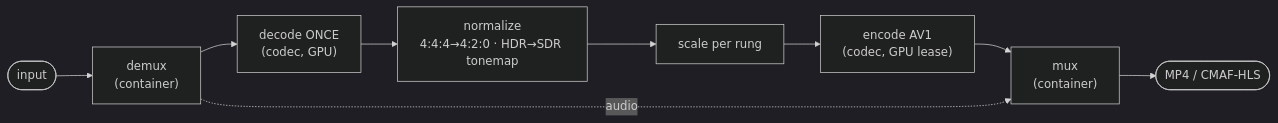
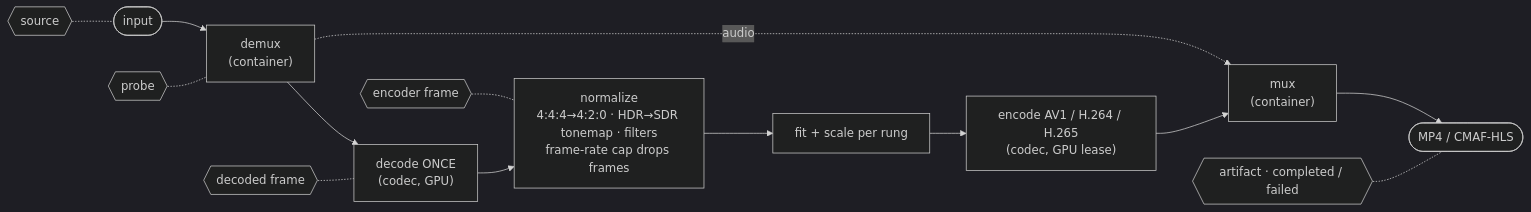
Before and after one commit to rivet-transcoder/rivet: the second of 3 diagrams in docs/architecture.md, drawn with Mermaid (dark theme). The commit also changed other lines of this file and 26 other files, not shown here.

````diff
--- a/docs/architecture.md
+++ b/docs/architecture.md
@@ -78,11 +113,16 @@
 ```mermaid
 flowchart LR
     IN([input]) --> D["demux<br/>(container)"]
     D --> DEC["decode ONCE<br/>(codec, GPU)"]
-    DEC --> N["normalize<br/>4:4:4→4:2:0 · HDR→SDR tonemap"]
-    N --> S["scale per rung"]
-    S --> E["encode AV1<br/>(codec, GPU lease)"]
+    DEC --> N["normalize<br/>4:4:4→4:2:0 · HDR→SDR tonemap · filters<br/>frame-rate cap drops frames"]
+    N --> S["fit + scale per rung"]
+    S --> E["encode AV1 / H.264 / H.265<br/>(codec, GPU lease)"]
     E --> M["mux<br/>(container)"]
     M --> OUT([MP4 / CMAF-HLS])
     D -. audio .-> M
+    HS{{source}} -.- IN
+    HP{{probe}} -.- D
+    HD{{decoded frame}} -.- DEC
+    HE{{encoder frame}} -.- N
+    HA{{artifact · completed / failed}} -.- OUT
 ```
````
